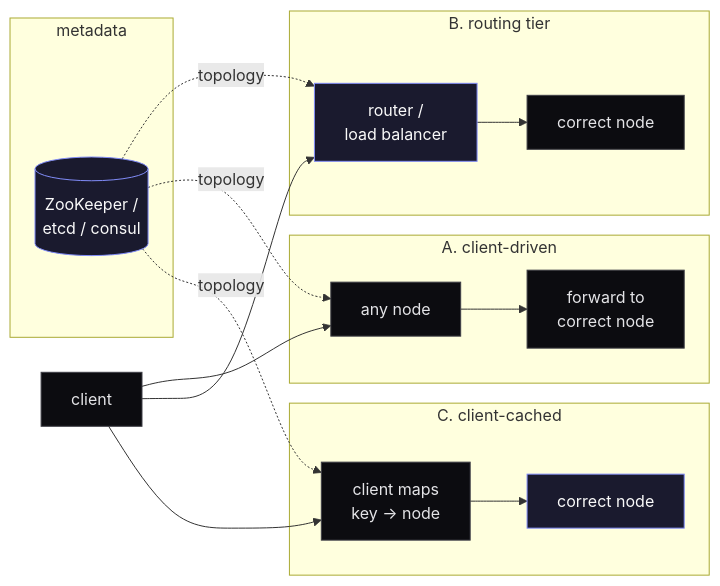
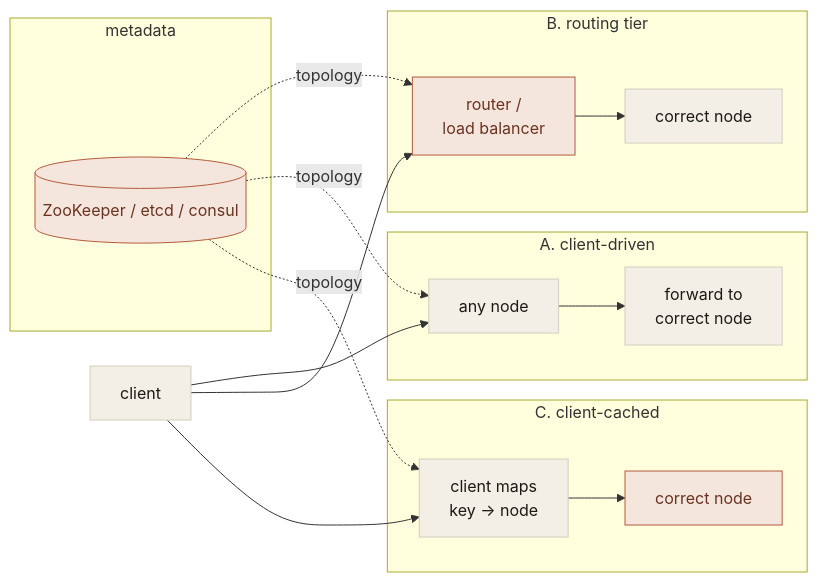
Before and after one commit to sagar8080/sagar8080.github.io: the second of 2 diagrams in content/writing/database-partitioning.mdx, drawn with Mermaid. The commit also changed other lines of this file and 21 other files, not shown here.

````diff
--- a/content/writing/database-partitioning.mdx
+++ b/content/writing/database-partitioning.mdx
@@ -92,27 +92,27 @@
 ```mermaid
 flowchart LR
-  classDef accent fill:#1a1a2e,stroke:#818cf8,color:#fafafa
-  classDef plain fill:#0c0c10,stroke:#3f3f46,color:#e4e4e7
+  classDef accent fill:#f4e6dd,stroke:#b45a3c,color:#6A3320
+  classDef plain fill:#f3efe7,stroke:#d4cdbe,color:#1c1917
 
   C[client]:::plain
 
   subgraph A["A. client-driven"]
     AC[any node]:::plain --> AT[forward to<br/>correct node]:::plain
   end
   subgraph B["B. routing tier"]
     BR[router /<br/>load balancer]:::accent --> BN[correct node]:::plain
   end
   subgraph C2["C. client-cached"]
     CC[client maps<br/>key → node]:::plain --> CN[correct node]:::accent
   end
   subgraph M["metadata"]
-    Z[(ZooKeeper /<br/>etcd / consul)]:::accent
+    Z[("ZooKeeper / etcd / consul")]:::accent
   end
 
   C --> AC
   C --> BR
   C --> CC
   Z -.->|topology| BR
   Z -.->|topology| AC
   Z -.->|topology| CC
 ```
````
